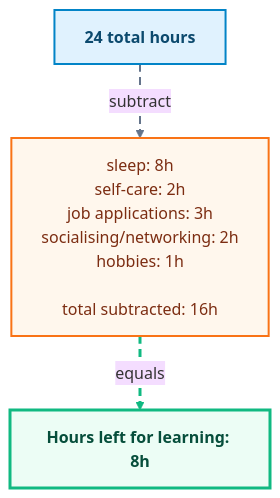
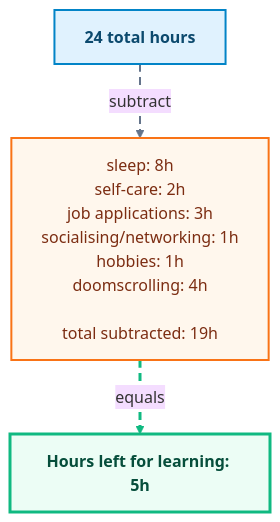
Before and after one commit to MarzukhAsjad/marzukhasjad.github.io: the first of 2 diagrams in src/content/blog4.md, drawn with Mermaid (base theme). The commit also changed other lines of this file, not shown here.

Commit message:
Update blog 4 to enhance learning perspective and adjust time allocation in flowcharts

````diff
--- a/src/content/blog4.md
+++ b/src/content/blog4.md
@@ -41,16 +41,16 @@
 ```mermaid
 flowchart TD
-  B[24 total hours] -. subtract .-> C[sleep: 8h<br/>self-care: 2h<br/>job applications: 3h<br/>socialising/networking: 2h<br/>hobbies: 1h<br/><br/>total subtracted: 16h]
-  C -. equals .-> H[Hours left for learning: 8h]
+  B[24 total hours] -. subtract .-> C[sleep: 8h<br/>self-care: 2h<br/>job applications: 3h<br/>socialising/networking: 1h<br/>hobbies: 1h<br/>doomscrolling: 4h<br/><br/>total subtracted: 19h]
+  C -. equals .-> H[Hours left for learning: 5h]
 
   classDef start fill:#e0f2fe,stroke:#0284c7,color:#0c4a6e,stroke-width:2px,font-weight:bold;
   classDef subtract fill:#fff7ed,stroke:#f97316,color:#7c2d12,stroke-width:2px;
   classDef result fill:#ecfdf5,stroke:#10b981,color:#064e3b,stroke-width:3px,font-weight:bold;
 
   class B start;
   class C subtract;
   class H result;
 
   linkStyle 0 stroke:#64748b,stroke-width:2px,stroke-dasharray:8 5;
   linkStyle 1 stroke:#10b981,stroke-width:3px,stroke-dasharray:8 5;
 ```
````
